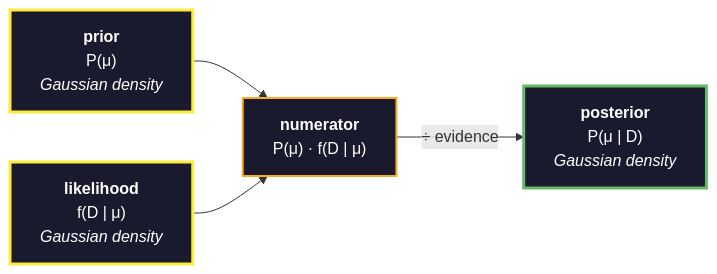
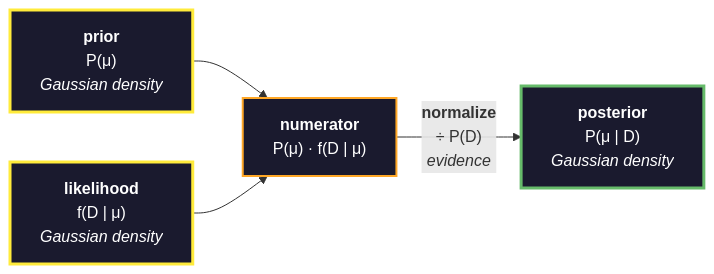
The third of 3 diagrams in course/week02_basic_bayes_cont/week2-slides.qmd (henkaku-center/hml), drawn with Mermaid before and after one commit. The commit also changed other lines of this file, not shown here.

First line of the commit message:
Bayes flow: readable normalize label + equation atop diagram

````diff
--- a/course/week02_basic_bayes_cont/week2-slides.qmd
+++ b/course/week02_basic_bayes_cont/week2-slides.qmd
@@ -1790,17 +1796,17 @@
 ```{mermaid}
 %%| fig-align: center
 flowchart LR
   Prior["<b>prior</b><br/>P(μ)<br/><i>Gaussian density</i>"]
   Lik["<b>likelihood</b><br/>f(D | μ)<br/><i>Gaussian density</i>"]
   Num["<b>numerator</b><br/>P(μ) · f(D | μ)"]
   Post["<b>posterior</b><br/>P(μ | D)<br/><i>Gaussian density</i>"]
   Prior --> Num
   Lik --> Num
-  Num -->|"÷ evidence"| Post
+  Num -->|"<b>normalize</b><br/>÷ P(D)<br/><i>evidence</i>"| Post
   classDef highlight fill:#1A1A2E,stroke:#FFEB3B,stroke-width:3px,color:#fff
   classDef mid fill:#1A1A2E,stroke:#FFA726,stroke-width:2px,color:#fff
   classDef out fill:#1A1A2E,stroke:#66BB6A,stroke-width:3px,color:#fff
   class Prior,Lik highlight
   class Num mid
   class Post out
 ```
````
